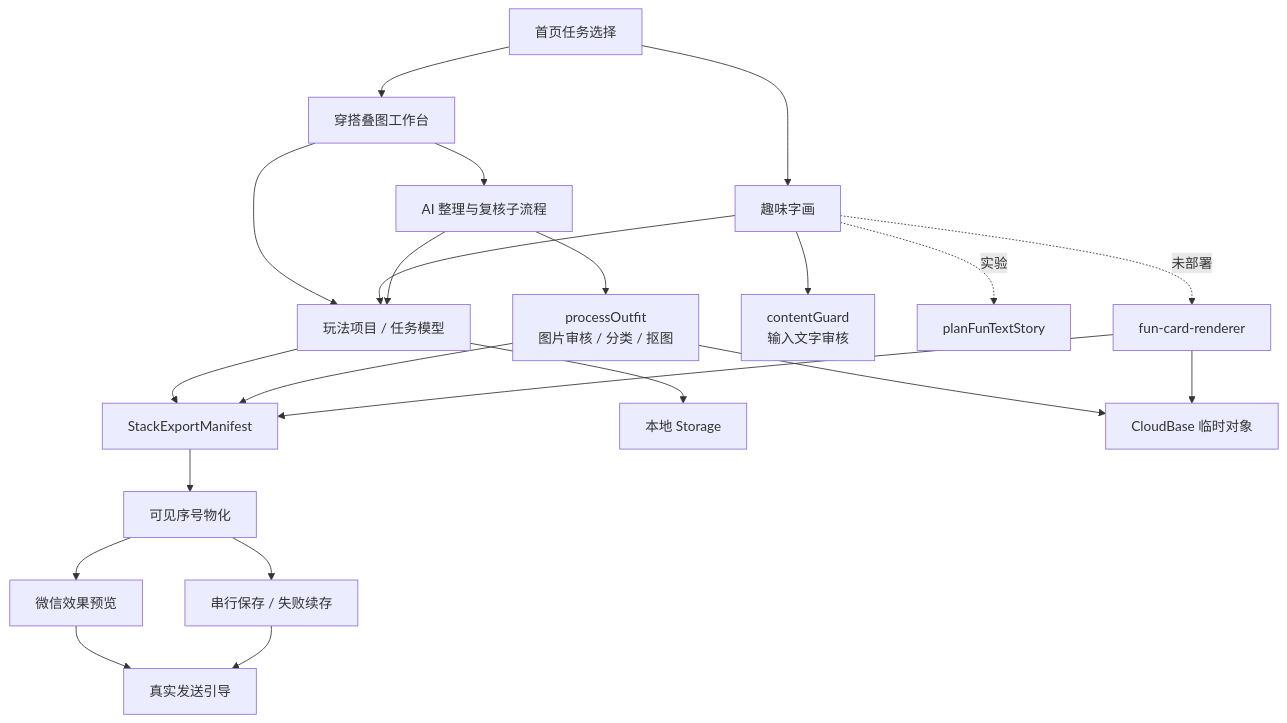
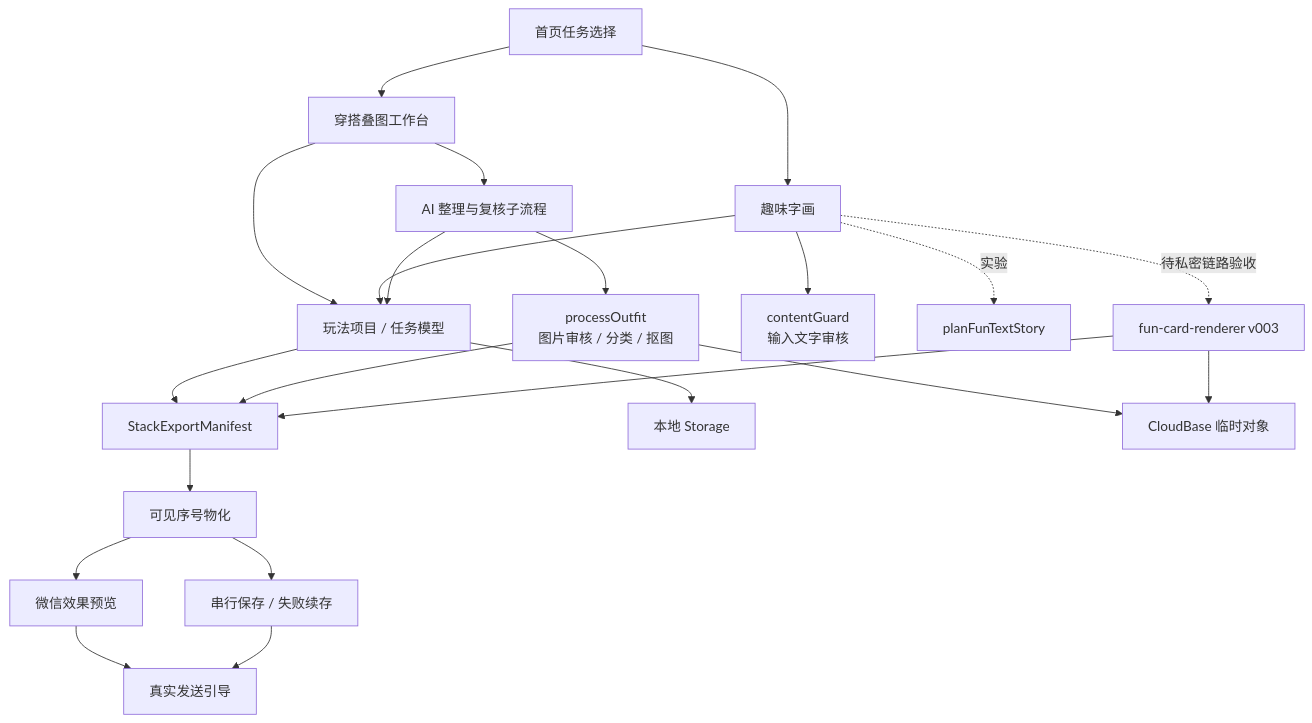
One commit to Yiyang0659/WePicTool changed the first of 3 diagrams in docs/product/TECHNICAL_SPEC.md. Above: the diagram before and after it, drawn with Mermaid. The commit also changed other lines of this file and 153 other files, not shown here.

Commit message:
chore: checkpoint local fun text editor and renderer diagnostics

````diff
--- a/docs/product/TECHNICAL_SPEC.md
+++ b/docs/product/TECHNICAL_SPEC.md
@@ -75,28 +80,28 @@
 ```mermaid
 flowchart TD
     HOME["首页任务选择"] --> DRESS["穿搭叠图工作台"]
     HOME --> FUN["趣味字画"]
     DRESS --> OUTFIT["AI 整理与复核子流程"]
 
     DRESS --> PROJECT["玩法项目 / 任务模型"]
     FUN --> PROJECT
     OUTFIT --> PROJECT
 
     OUTFIT --> PO["processOutfit\n图片审核 / 分类 / 抠图"]
     FUN --> CG["contentGuard\n输入文字审核"]
     FUN -.实验.-> PLAN["planFunTextStory"]
-    FUN -.未部署.-> RENDER["fun-card-renderer"]
+    FUN -.待私密链路验收.-> RENDER["fun-card-renderer v003"]
 
     PROJECT --> MANIFEST["StackExportManifest"]
     PO --> MANIFEST
     RENDER --> MANIFEST
     MANIFEST --> BADGE["可见序号物化"]
     BADGE --> PREVIEW["微信效果预览"]
     BADGE --> SAVE["串行保存 / 失败续存"]
     PREVIEW --> GUIDE["真实发送引导"]
     SAVE --> GUIDE
 
     PROJECT --> LOCAL["本地 Storage"]
     PO --> CLOUD["CloudBase 临时对象"]
     RENDER --> CLOUD
 ```
````
